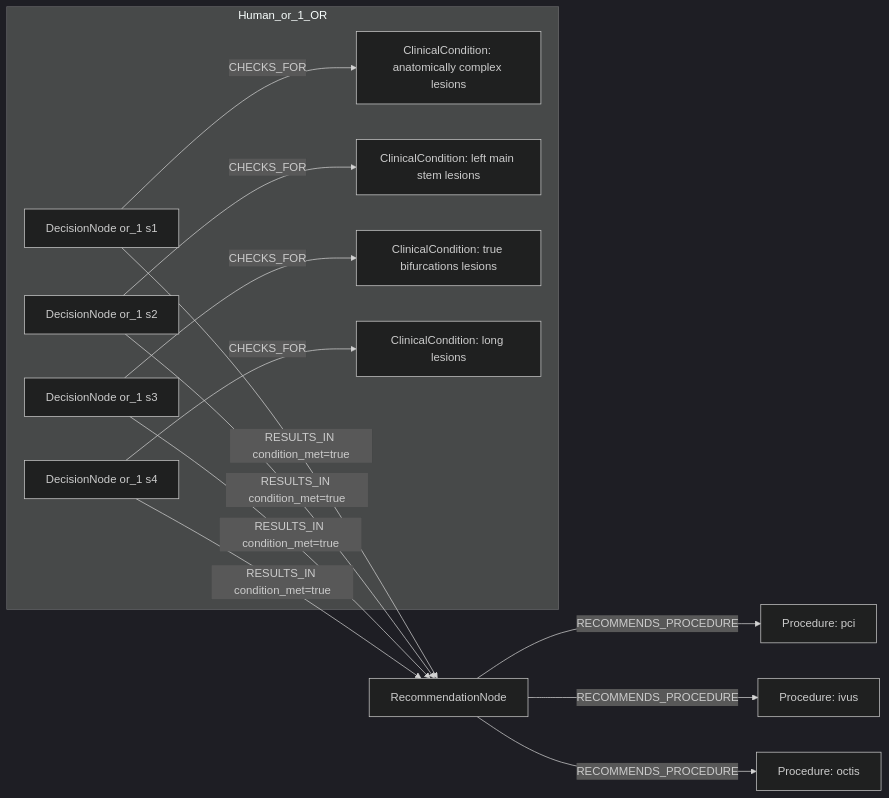
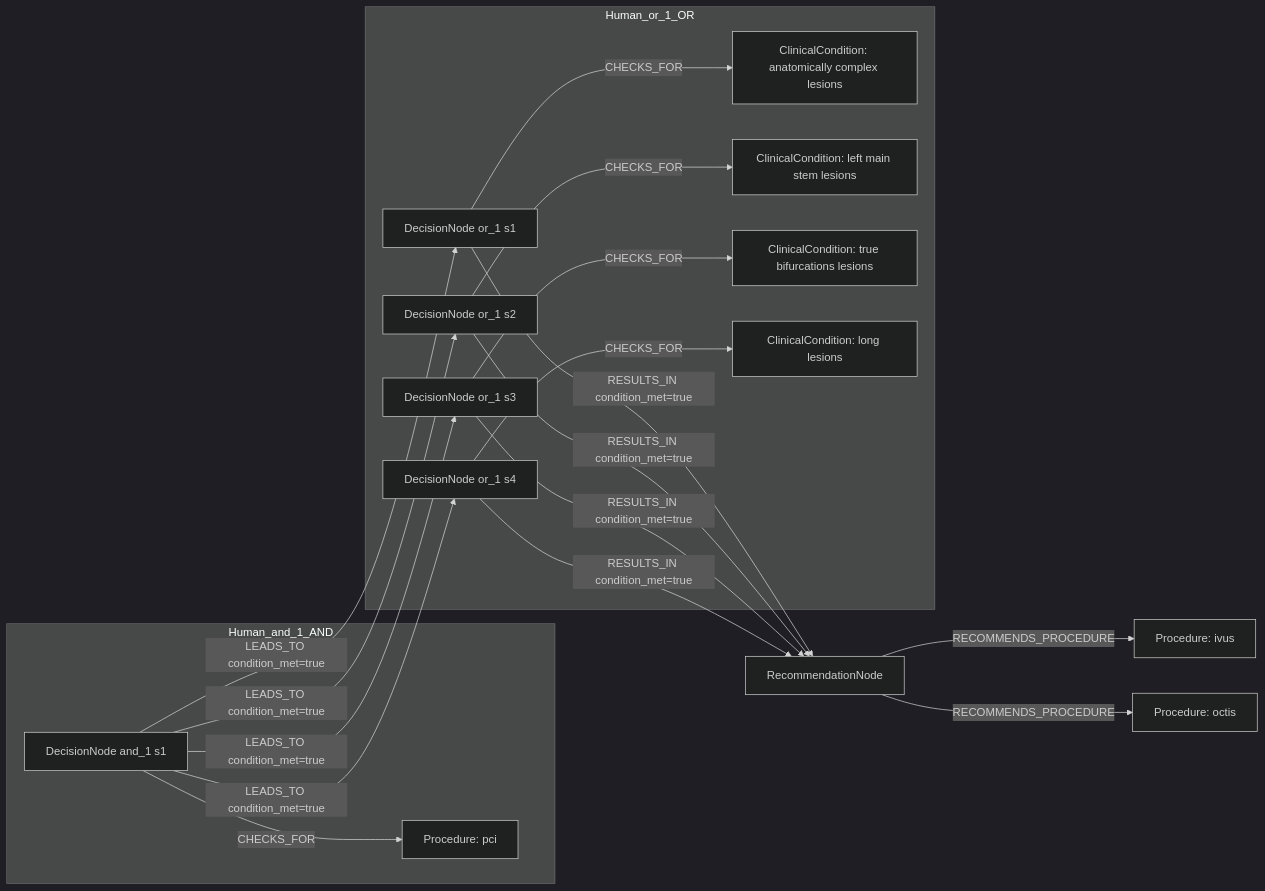
One commit to dieterich-lab/CardioGuidelinesGraph changed the first of 2 diagrams in docs/table22_rows_comparison/row_16.md. Above: the diagram before and after it, drawn with Mermaid (dark theme). The commit also changed other lines of this file and 21 other files, not shown here.

Commit message:
Fix rowwise Mermaid side handling for human annotations

````diff
--- a/docs/table22_rows_comparison/row_16.md
+++ b/docs/table22_rows_comparison/row_16.md
@@ -373,28 +144,35 @@
 ```mermaid
 graph LR
   REC[RecommendationNode]
-  ACT1[Procedure: pci]
+  ACT1[Procedure: ivus]
   REC -->|RECOMMENDS_PROCEDURE| ACT1
-  ACT2[Procedure: ivus]
+  ACT2[Procedure: octis]
   REC -->|RECOMMENDS_PROCEDURE| ACT2
-  ACT3[Procedure: octis]
-  REC -->|RECOMMENDS_PROCEDURE| ACT3
+  subgraph Human_and_1_AND
+    D_and_1_1[DecisionNode and_1 s1]
+    C_and_1_1[Procedure: pci]
+    D_and_1_1 -->|CHECKS_FOR| C_and_1_1
+  end
   subgraph Human_or_1_OR
     D_or_1_1[DecisionNode or_1 s1]
     C_or_1_1[ClinicalCondition: anatomically complex lesions]
     D_or_1_1 -->|CHECKS_FOR| C_or_1_1
     D_or_1_2[DecisionNode or_1 s2]
     C_or_1_2[ClinicalCondition: left main stem lesions]
     D_or_1_2 -->|CHECKS_FOR| C_or_1_2
     D_or_1_3[DecisionNode or_1 s3]
     C_or_1_3[ClinicalCondition: true bifurcations lesions]
     D_or_1_3 -->|CHECKS_FOR| C_or_1_3
     D_or_1_4[DecisionNode or_1 s4]
     C_or_1_4[ClinicalCondition: long lesions]
     D_or_1_4 -->|CHECKS_FOR| C_or_1_4
+    D_and_1_1 -->|LEADS_TO condition_met=true| D_or_1_1
+    D_and_1_1 -->|LEADS_TO condition_met=true| D_or_1_2
+    D_and_1_1 -->|LEADS_TO condition_met=true| D_or_1_3
+    D_and_1_1 -->|LEADS_TO condition_met=true| D_or_1_4
   end
   D_or_1_1 -->|RESULTS_IN condition_met=true| REC
   D_or_1_2 -->|RESULTS_IN condition_met=true| REC
   D_or_1_3 -->|RESULTS_IN condition_met=true| REC
   D_or_1_4 -->|RESULTS_IN condition_met=true| REC
 ```
````
